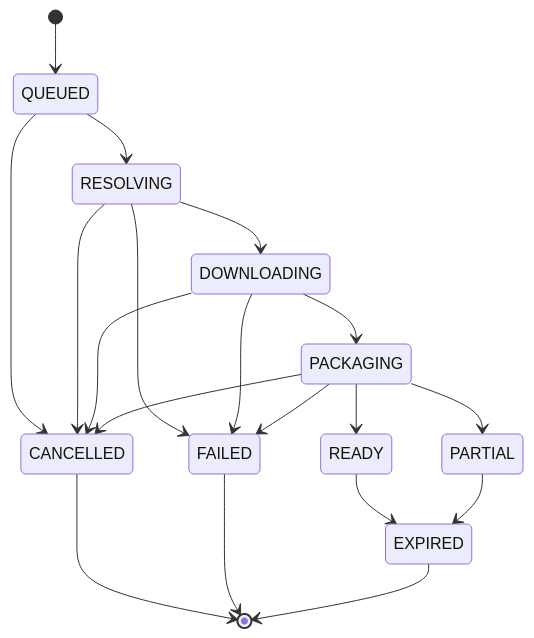
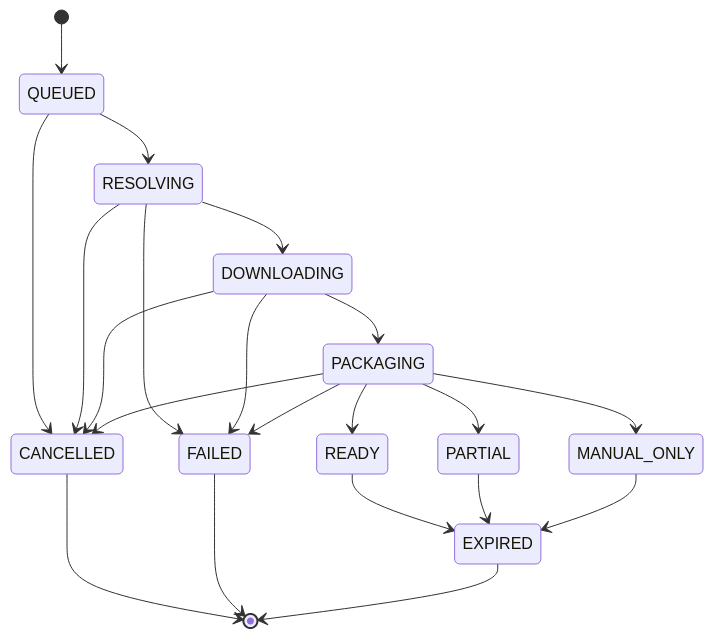
The diagram in diagrams/download_job_states.mmd (Joseleelsuper/Batch-Downloader-Memoria), drawn with Mermaid before and after one commit. The commit also changed 34 other files, not shown here.

```diff
--- a/diagrams/download_job_states.mmd
+++ b/diagrams/download_job_states.mmd
@@ -1,19 +1,21 @@
 stateDiagram-v2
     [*] --> QUEUED
     QUEUED --> RESOLVING
     RESOLVING --> DOWNLOADING
     DOWNLOADING --> PACKAGING
     PACKAGING --> READY
     PACKAGING --> PARTIAL
+    PACKAGING --> MANUAL_ONLY
     QUEUED --> CANCELLED
     RESOLVING --> CANCELLED
     DOWNLOADING --> CANCELLED
     PACKAGING --> CANCELLED
     RESOLVING --> FAILED
     DOWNLOADING --> FAILED
     PACKAGING --> FAILED
     READY --> EXPIRED
     PARTIAL --> EXPIRED
+    MANUAL_ONLY --> EXPIRED
     CANCELLED --> [*]
     FAILED --> [*]
     EXPIRED --> [*]
```
